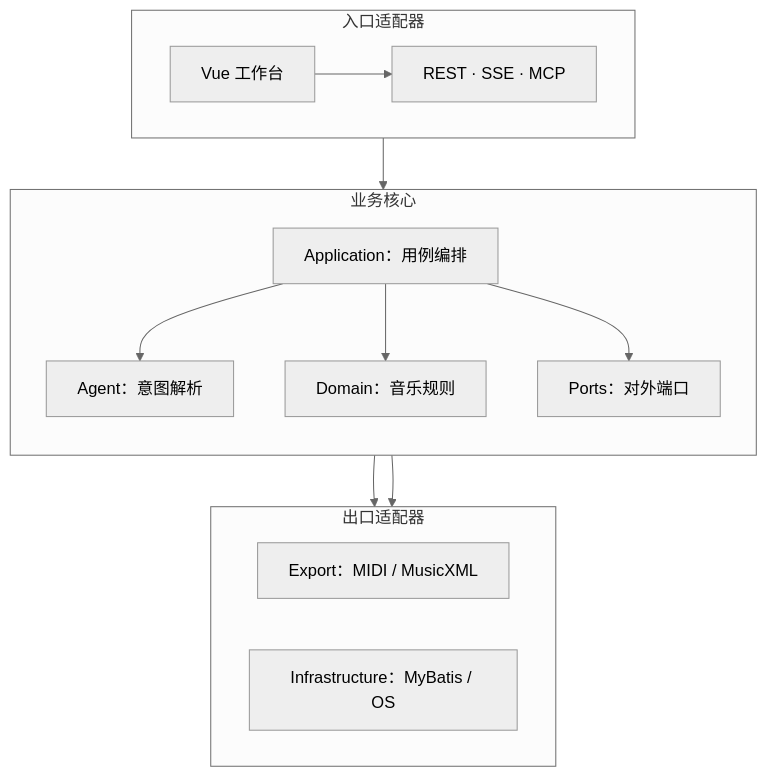
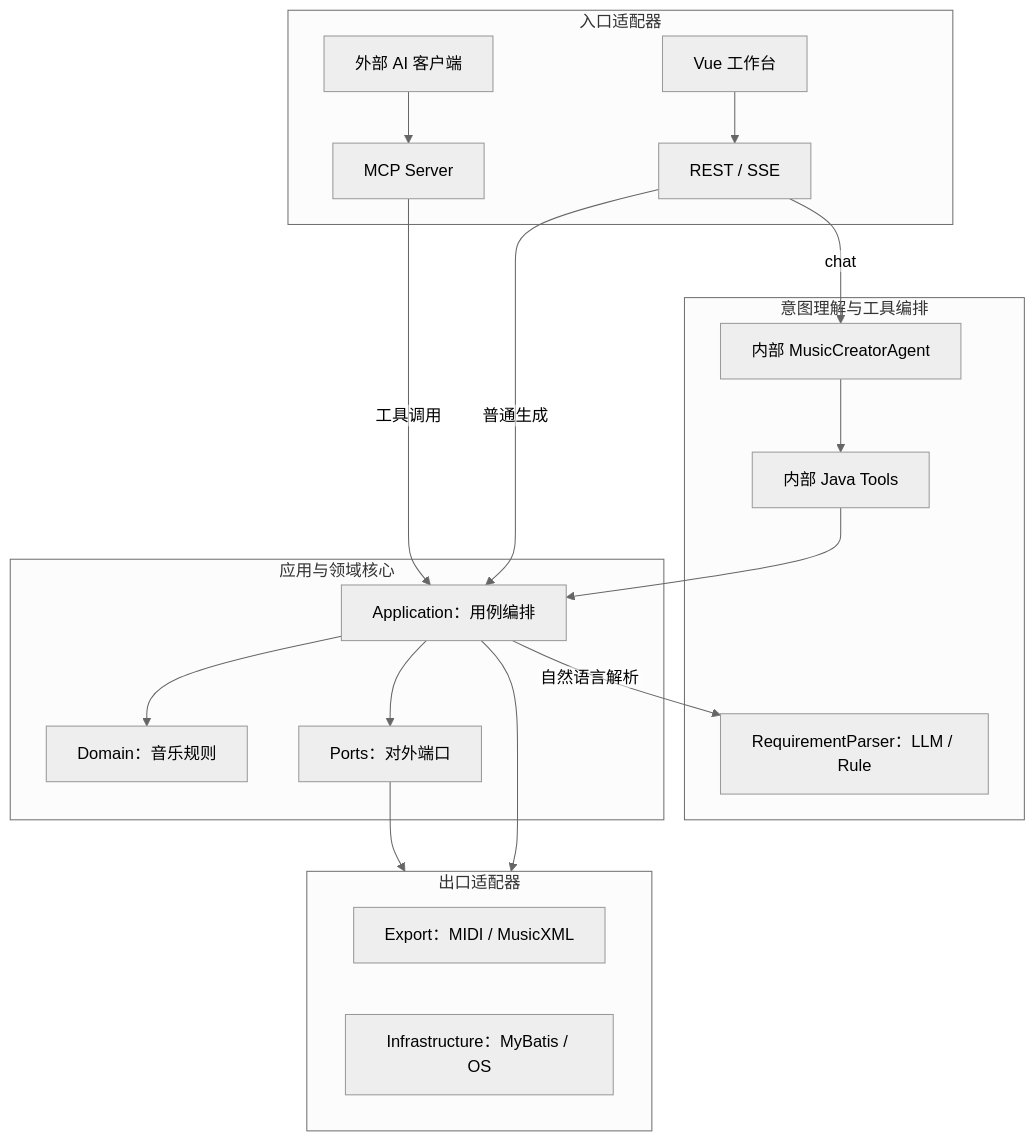
One commit to YuiHlk/Music-AI-Agent changed the first of 2 diagrams in Music-AI-Agent-Docs/01-架构与数据流.md. Above: the diagram before and after it, drawn with Mermaid (neutral theme). The commit also changed other lines of this file and 31 other files, not shown here.

Commit message:
实现了模型自由切换、避免重复调用，并明确了内部 Agent、MCP 与核心业务的职责边界

````diff
--- a/Music-AI-Agent-Docs/01-架构与数据流.md
+++ b/Music-AI-Agent-Docs/01-架构与数据流.md
@@ -12,32 +12,41 @@
 ```mermaid
 %%{init: {"flowchart": {"useMaxWidth": true, "htmlLabels": false}}}%%
 flowchart TB
     subgraph Entry["入口适配器"]
-        direction LR
         UI["Vue 工作台"]
-        API["REST · SSE · MCP"]
-        UI --> API
+        REST["REST / SSE"]
+        CLIENT["外部 AI 客户端"]
+        MCP["MCP Server"]
+        UI --> REST
+        CLIENT --> MCP
     end
 
-    subgraph Core["业务核心"]
-        direction TB
+    subgraph Intelligence["意图理解与工具编排"]
+        AGENT["内部 MusicCreatorAgent"]
+        TOOLS["内部 Java Tools"]
+        PARSER["RequirementParser：LLM / Rule"]
+        AGENT --> TOOLS
+    end
+
+    subgraph Core["应用与领域核心"]
         APP["Application：用例编排"]
-        AGENT["Agent：意图解析"]
         DOMAIN["Domain：音乐规则"]
         PORT["Ports：对外端口"]
-
-        APP --> AGENT
         APP --> DOMAIN
         APP --> PORT
     end
 
     subgraph Output["出口适配器"]
         direction LR
         EXPORT["Export：MIDI / MusicXML"]
         INFRA["Infrastructure：MyBatis / OS"]
     end
 
-    API --> APP
+    REST -->|"普通生成"| APP
+    REST -->|"chat"| AGENT
+    TOOLS --> APP
+    APP -->|"自然语言解析"| PARSER
+    MCP -->|"工具调用"| APP
     APP --> EXPORT
     PORT --> INFRA
 ```
````
